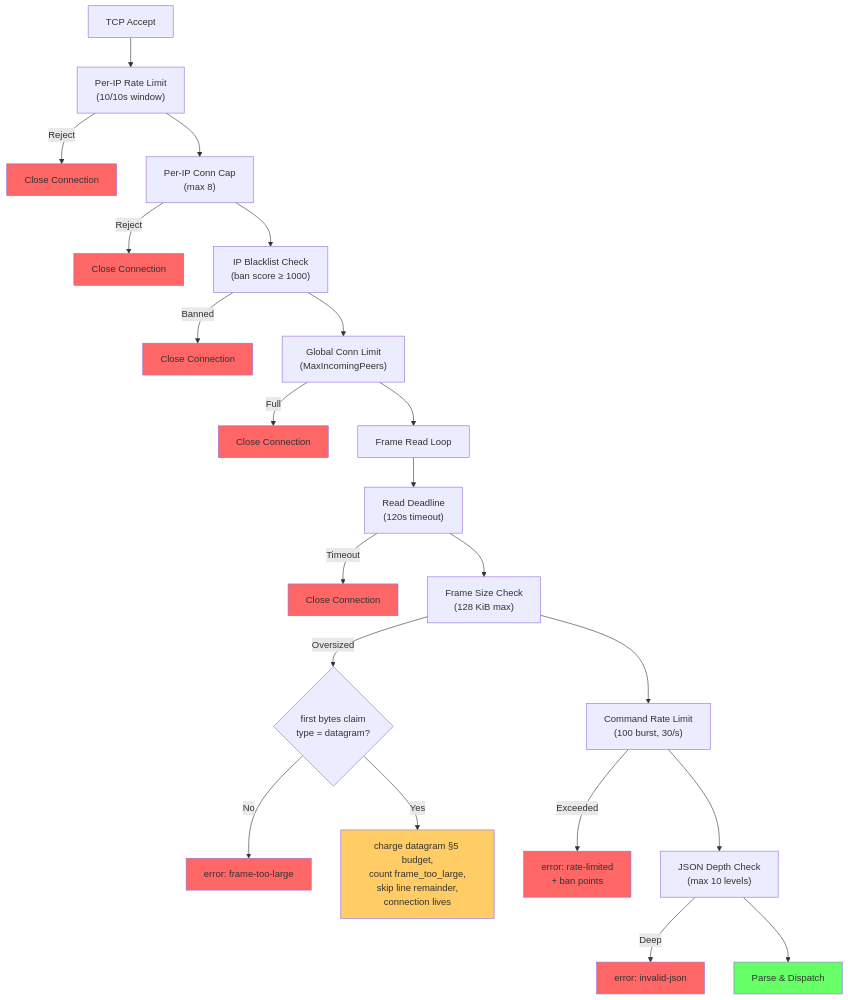
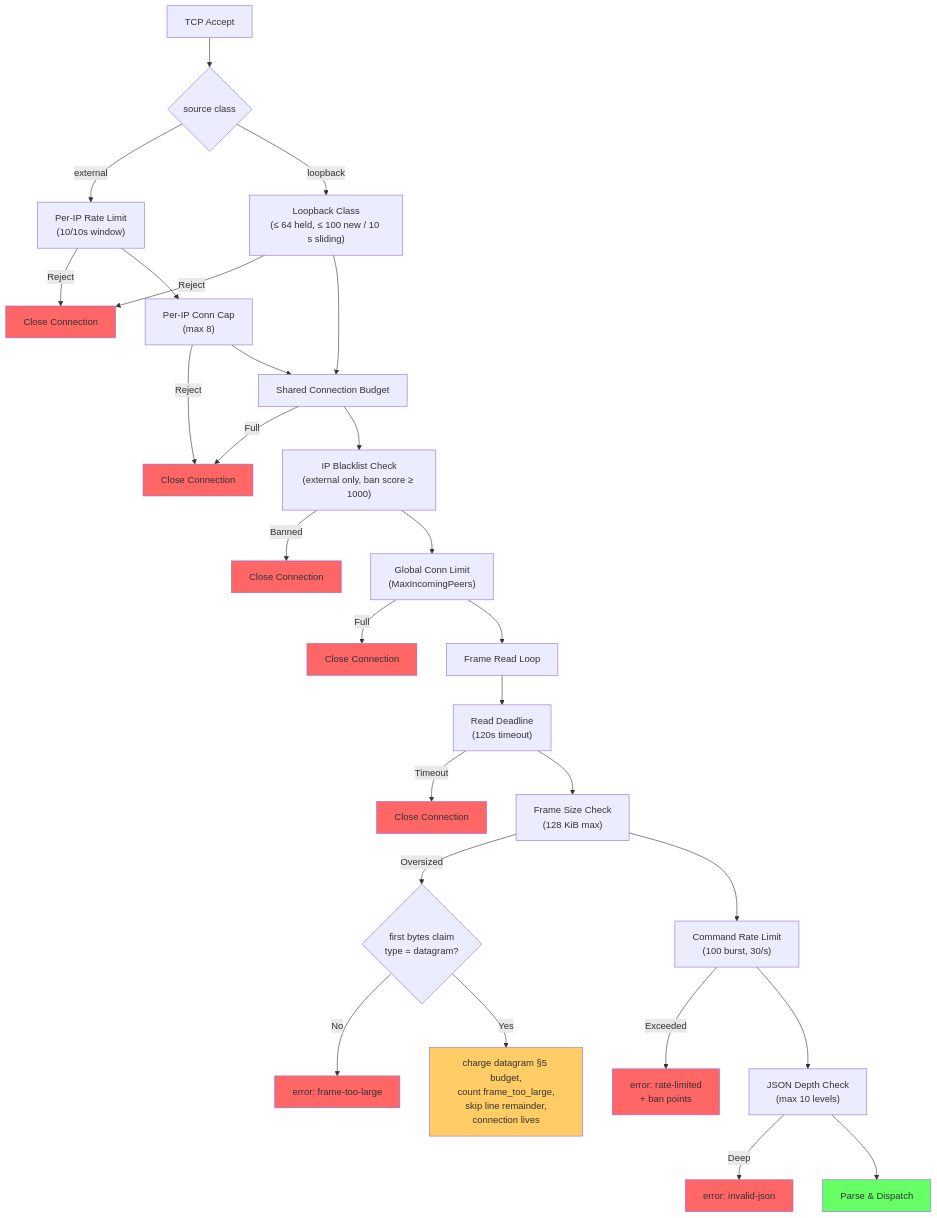
The first of 4 diagrams in docs/protocol/network_security.md (piratecash/corsa), drawn with Mermaid before and after one commit. The commit also changed other lines of this file and 180 other files, not shown here.

````diff
--- a/docs/protocol/network_security.md
+++ b/docs/protocol/network_security.md
@@ -271,34 +312,40 @@
 ```mermaid
 graph TB
-    TCP["TCP Accept"] --> ConnRate["Per-IP Rate Limit<br/>(10/10s window)"]
+    TCP["TCP Accept"] --> Class{"source class"}
+    Class -->|external| ConnRate["Per-IP Rate Limit<br/>(10/10s window)"]
+    Class -->|loopback| LoopClass["Loopback Class<br/>(≤ 64 held, ≤ 100 new / 10 s sliding)"]
+    LoopClass -->|Reject| Drop1
+    LoopClass --> Budget
     ConnRate -->|Reject| Drop1["Close Connection"]
     ConnRate --> IPCap["Per-IP Conn Cap<br/>(max 8)"]
     IPCap -->|Reject| Drop2["Close Connection"]
-    IPCap --> Blacklist["IP Blacklist Check<br/>(ban score ≥ 1000)"]
+    IPCap --> Budget["Shared Connection Budget"]
+    Budget -->|Full| Drop2
+    Budget --> Blacklist["IP Blacklist Check<br/>(external only, ban score ≥ 1000)"]
     Blacklist -->|Banned| Drop3["Close Connection"]
     Blacklist --> GlobalCap["Global Conn Limit<br/>(MaxIncomingPeers)"]
     GlobalCap -->|Full| Drop4["Close Connection"]
     GlobalCap --> ReadLoop["Frame Read Loop"]
     ReadLoop --> Deadline["Read Deadline<br/>(120s timeout)"]
     Deadline -->|Timeout| Drop5["Close Connection"]
     Deadline --> SizeLimit["Frame Size Check<br/>(128 KiB max)"]
     SizeLimit -->|Oversized| Claim{"first bytes claim<br/>type = datagram?"}
     Claim -->|No| Drop6["error: frame-too-large"]
     Claim -->|Yes| DgDrop["charge datagram §5 budget,<br/>count frame_too_large,<br/>skip line remainder,<br/>connection lives"]
     SizeLimit --> CmdRate["Command Rate Limit<br/>(100 burst, 30/s)"]
     CmdRate -->|Exceeded| Drop7["error: rate-limited<br/>+ ban points"]
     CmdRate --> JSONDepth["JSON Depth Check<br/>(max 10 levels)"]
     JSONDepth -->|Deep| Drop8["error: invalid-json"]
     JSONDepth --> Parse["Parse & Dispatch"]
 
     style Drop1 fill:#ff6666
     style Drop2 fill:#ff6666
     style Drop3 fill:#ff6666
     style Drop4 fill:#ff6666
     style Drop5 fill:#ff6666
     style Drop6 fill:#ff6666
     style Drop7 fill:#ff6666
     style Drop8 fill:#ff6666
     style DgDrop fill:#ffcc66
     style Parse fill:#66ff66
 ```
````
